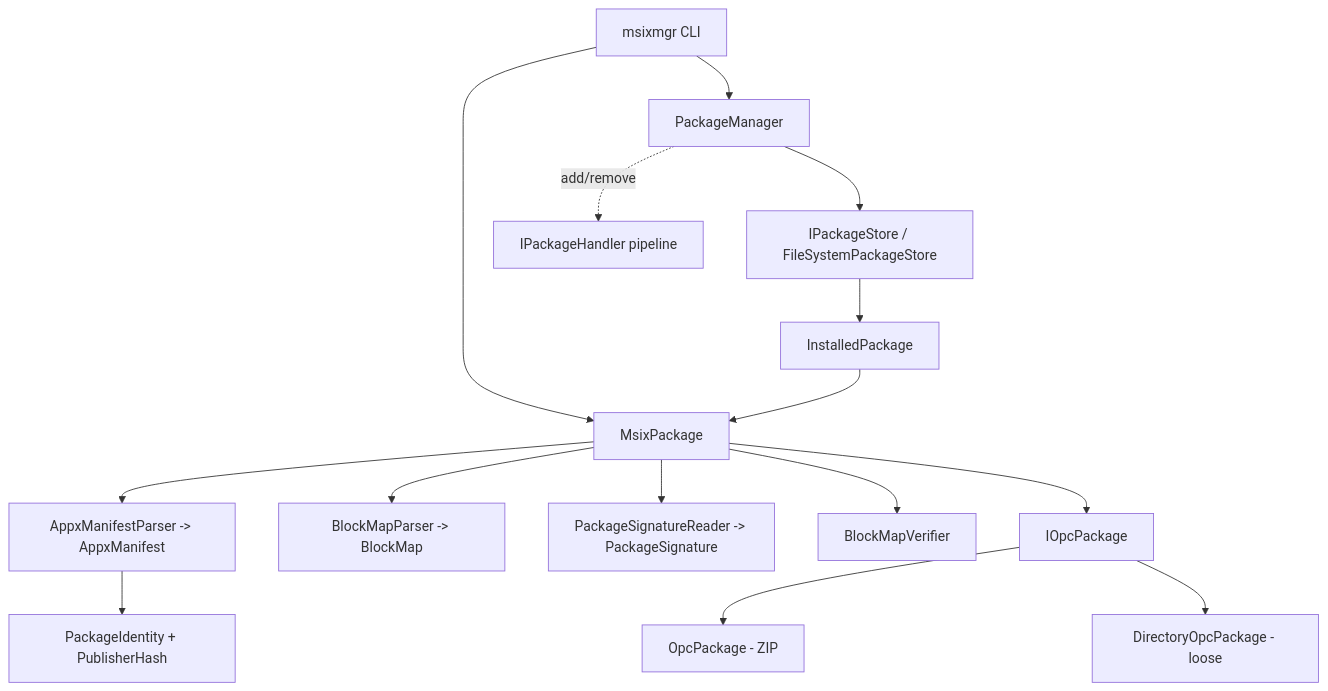
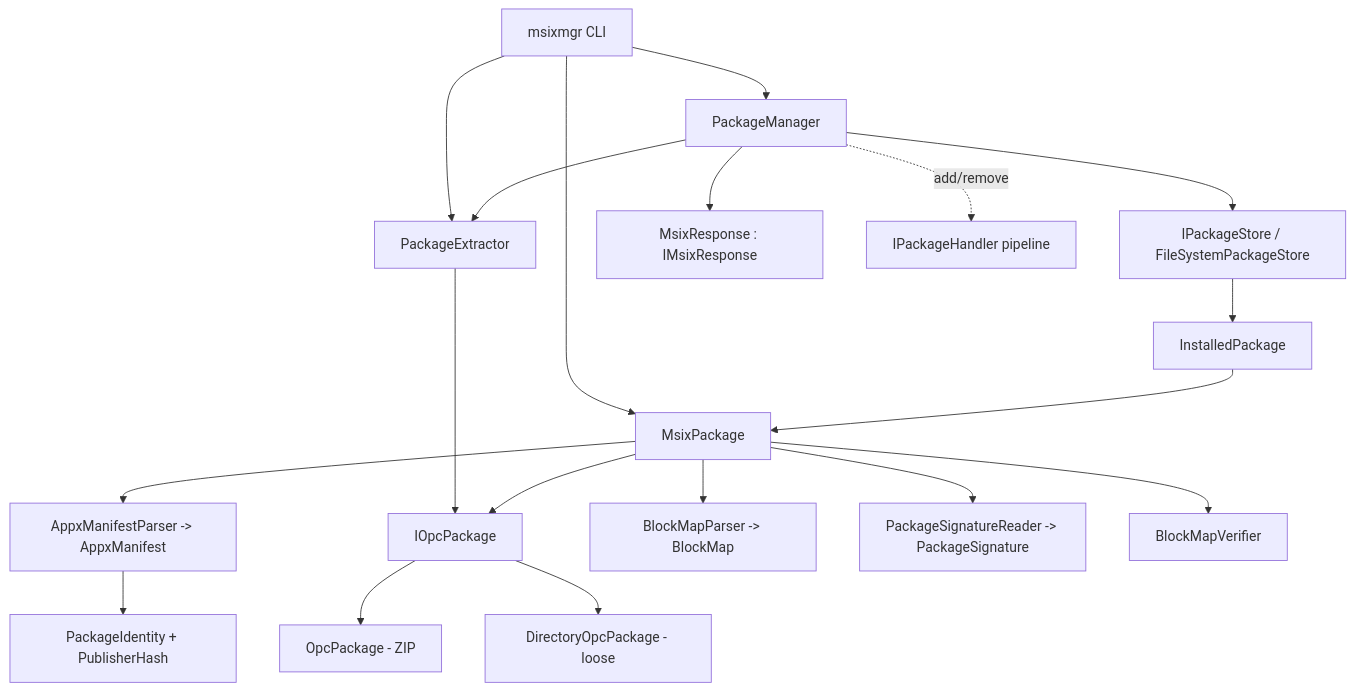
One commit to aclinick/msixcore changed the diagram in docs/architecture.md. Above: the diagram before and after it, drawn with Mermaid. The commit also changed other lines of this file and 4 other files, not shown here.

````diff
--- a/docs/architecture.md
+++ b/docs/architecture.md
@@ -36,17 +38,21 @@
 ```mermaid
 flowchart TD
     CLI[msixmgr CLI] --> PKG[MsixPackage]
     CLI --> PM[PackageManager]
+    CLI --> EXT[PackageExtractor]
     PM --> STORE[IPackageStore / FileSystemPackageStore]
+    PM --> EXT
+    PM --> RESP[MsixResponse : IMsixResponse]
     STORE --> INST[InstalledPackage]
     INST --> PKG
     PM -. add/remove .-> HANDLERS[IPackageHandler pipeline]
+    EXT --> OPC
     PKG --> MANI[AppxManifestParser -> AppxManifest]
     PKG --> BM[BlockMapParser -> BlockMap]
     PKG --> SIG[PackageSignatureReader -> PackageSignature]
     PKG --> VERIFY[BlockMapVerifier]
     MANI --> ID[PackageIdentity + PublisherHash]
     PKG --> OPC[IOpcPackage]
     OPC --> ZIP[OpcPackage - ZIP]
     OPC --> DIR[DirectoryOpcPackage - loose]
 ```
````
